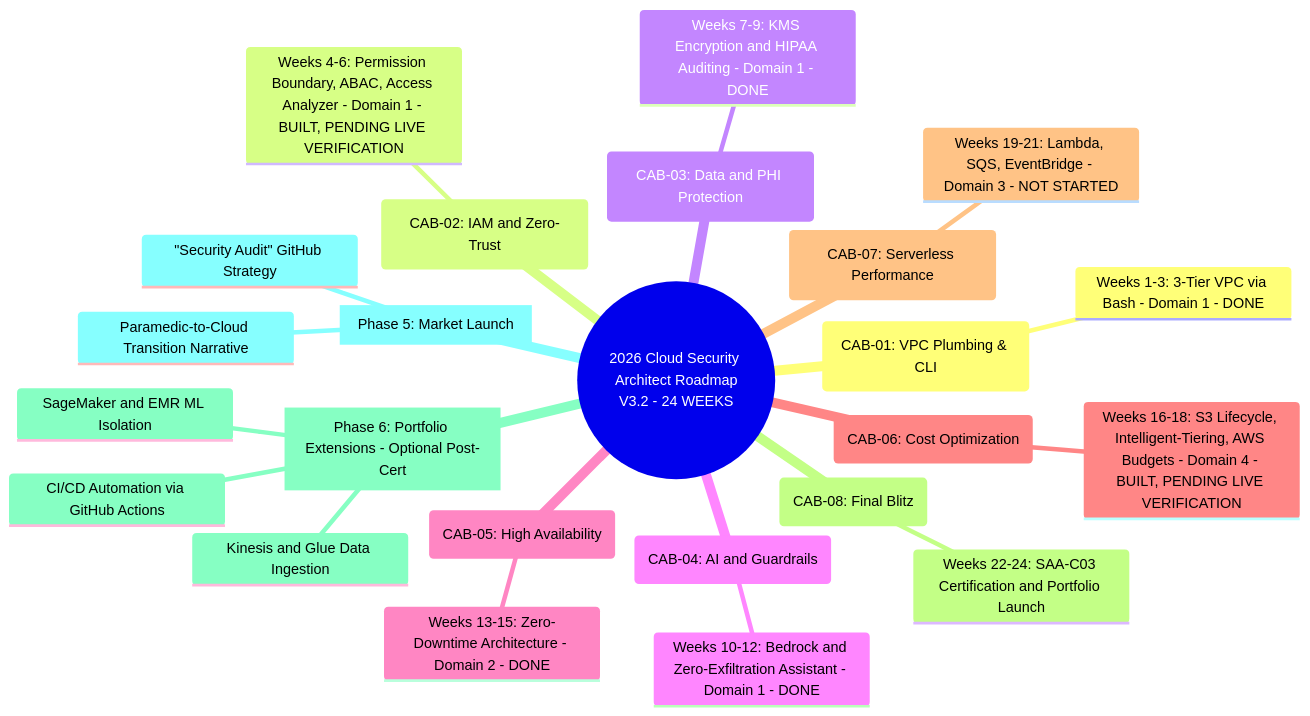
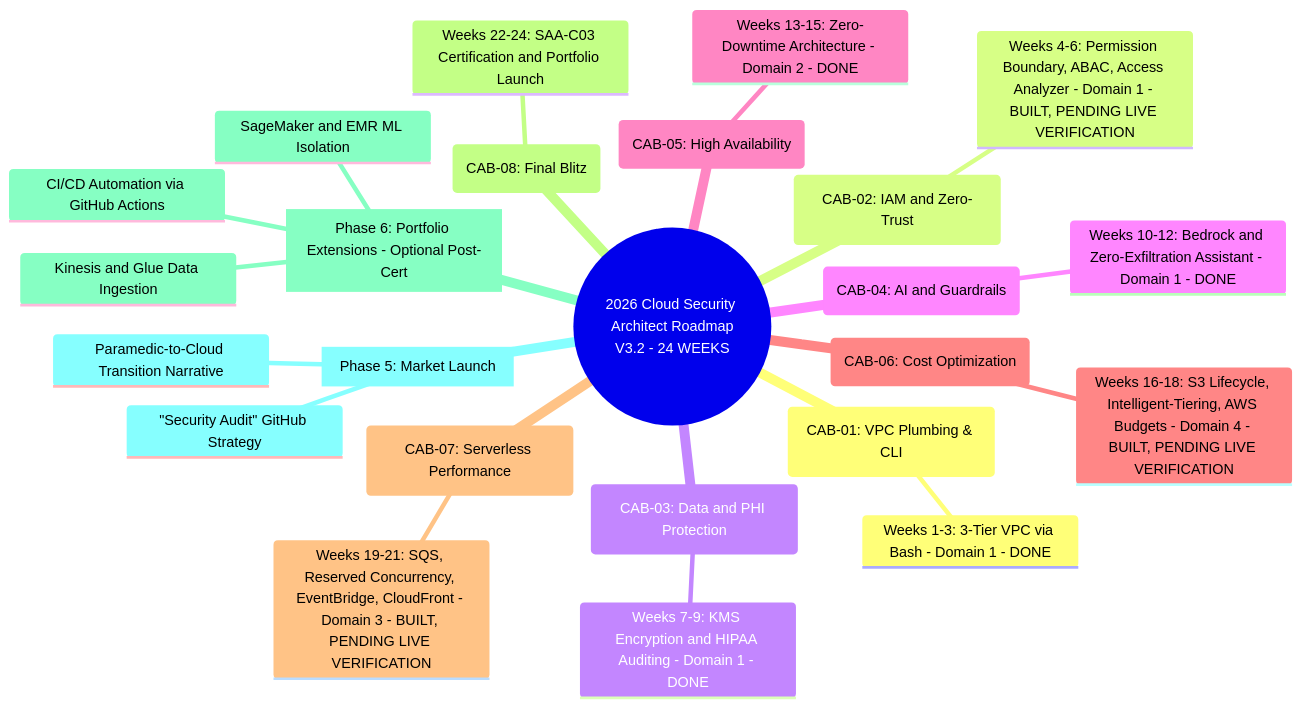
Before and after one commit to 2SMOGss/2026-Cloud-Security-Architect-Roadmap: the diagram in MINDMAP.md, drawn with Mermaid. The commit also changed 14 other files, not shown here.

````diff
--- a/MINDMAP.md
+++ b/MINDMAP.md
@@ -1,37 +1,37 @@
 ```mermaid
 mindmap
   root((2026 Cloud Security Architect Roadmap<br/>V3.2 - 24 WEEKS))
     (CAB-01: VPC Plumbing & CLI)
       ::icon(fa fa-terminal)
       Weeks 1-3: 3-Tier VPC via Bash - Domain 1 - DONE
     (CAB-02: IAM and Zero-Trust)
       ::icon(fa fa-shield-halved)
       Weeks 4-6: Permission Boundary, ABAC, Access Analyzer - Domain 1 - BUILT, PENDING LIVE VERIFICATION
     (CAB-03: Data and PHI Protection)
       ::icon(fa fa-lock)
       Weeks 7-9: KMS Encryption and HIPAA Auditing - Domain 1 - DONE
     (CAB-04: AI and Guardrails)
       ::icon(fa fa-robot)
       Weeks 10-12: Bedrock and Zero-Exfiltration Assistant - Domain 1 - DONE
     (CAB-05: High Availability)
       ::icon(fa fa-server)
       Weeks 13-15: Zero-Downtime Architecture - Domain 2 - DONE
     (CAB-06: Cost Optimization)
       ::icon(fa fa-coins)
       Weeks 16-18: S3 Lifecycle, Intelligent-Tiering, AWS Budgets - Domain 4 - BUILT, PENDING LIVE VERIFICATION
     (CAB-07: Serverless Performance)
       ::icon(fa fa-bolt)
-      Weeks 19-21: Lambda, SQS, EventBridge - Domain 3 - NOT STARTED
+      Weeks 19-21: SQS, Reserved Concurrency, EventBridge, CloudFront - Domain 3 - BUILT, PENDING LIVE VERIFICATION
     (CAB-08: Final Blitz)
       ::icon(fa fa-certificate)
       Weeks 22-24: SAA-C03 Certification and Portfolio Launch
     [Phase 6: Portfolio Extensions - Optional Post-Cert]
       ::icon(fa fa-puzzle-piece)
       CI/CD Automation via GitHub Actions
       Kinesis and Glue Data Ingestion
       SageMaker and EMR ML Isolation
     [Phase 5: Market Launch]
       ::icon(fa fa-rocket)
       Paramedic-to-Cloud Transition Narrative
       "Security Audit" GitHub Strategy
 ```
````
